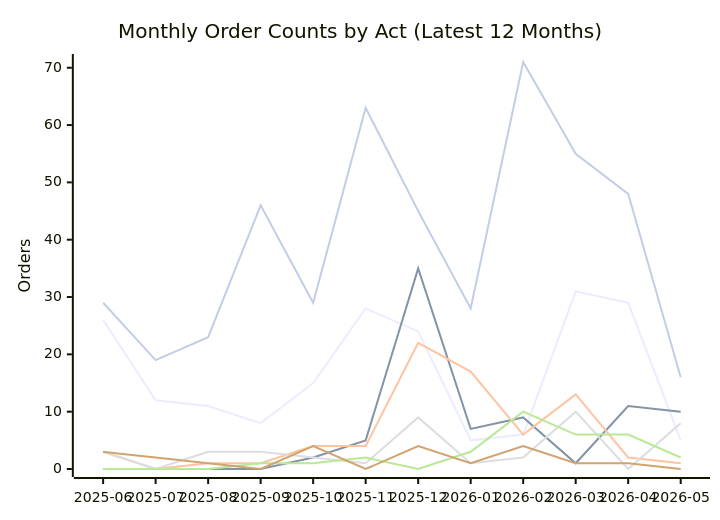
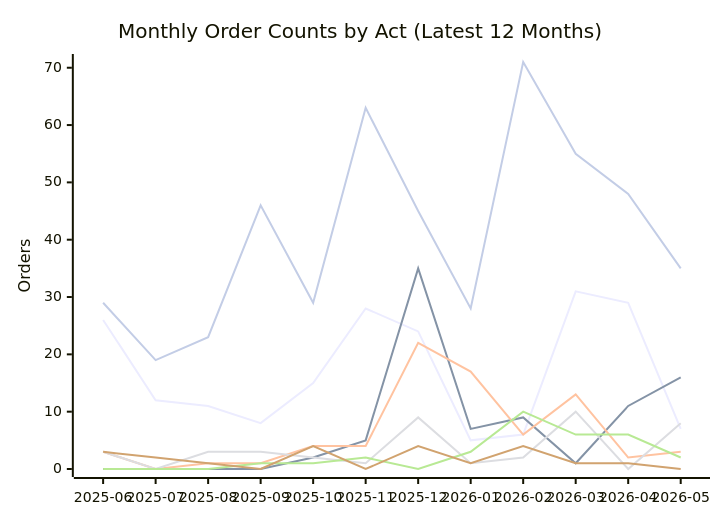
Before and after one commit to PatLittle/oic-data: the second of 2 diagrams in README.md, drawn with Mermaid. The commit also changed other lines of this file and 59 other files, not shown here.

````diff
--- a/README.md
+++ b/README.md
@@ -71,13 +71,13 @@
 ```mermaid
 xychart-beta
     title "Monthly Order Counts by Act (Latest 12 Months)"
     x-axis ["2025-06", "2025-07", "2025-08", "2025-09", "2025-10", "2025-11", "2025-12", "2026-01", "2026-02", "2026-03", "2026-04", "2026-05"]
     y-axis "Orders" 0 --> 71
-    line [26, 12, 11, 8, 15, 28, 24, 5, 6, 31, 29, 5]
-    line [0, 0, 0, 0, 2, 5, 35, 7, 9, 1, 11, 10]
-    line [3, 0, 1, 1, 4, 4, 22, 17, 6, 13, 2, 1]
+    line [26, 12, 11, 8, 15, 28, 24, 5, 6, 31, 29, 7]
+    line [0, 0, 0, 0, 2, 5, 35, 7, 9, 1, 11, 16]
+    line [3, 0, 1, 1, 4, 4, 22, 17, 6, 13, 2, 3]
     line [3, 0, 3, 3, 2, 1, 9, 1, 2, 10, 0, 8]
     line [0, 0, 0, 1, 1, 2, 0, 3, 10, 6, 6, 2]
     line [3, 2, 1, 0, 4, 0, 4, 1, 4, 1, 1, 0]
-    line [29, 19, 23, 46, 29, 63, 45, 28, 71, 55, 48, 16]
+    line [29, 19, 23, 46, 29, 63, 45, 28, 71, 55, 48, 35]
 ```
````
